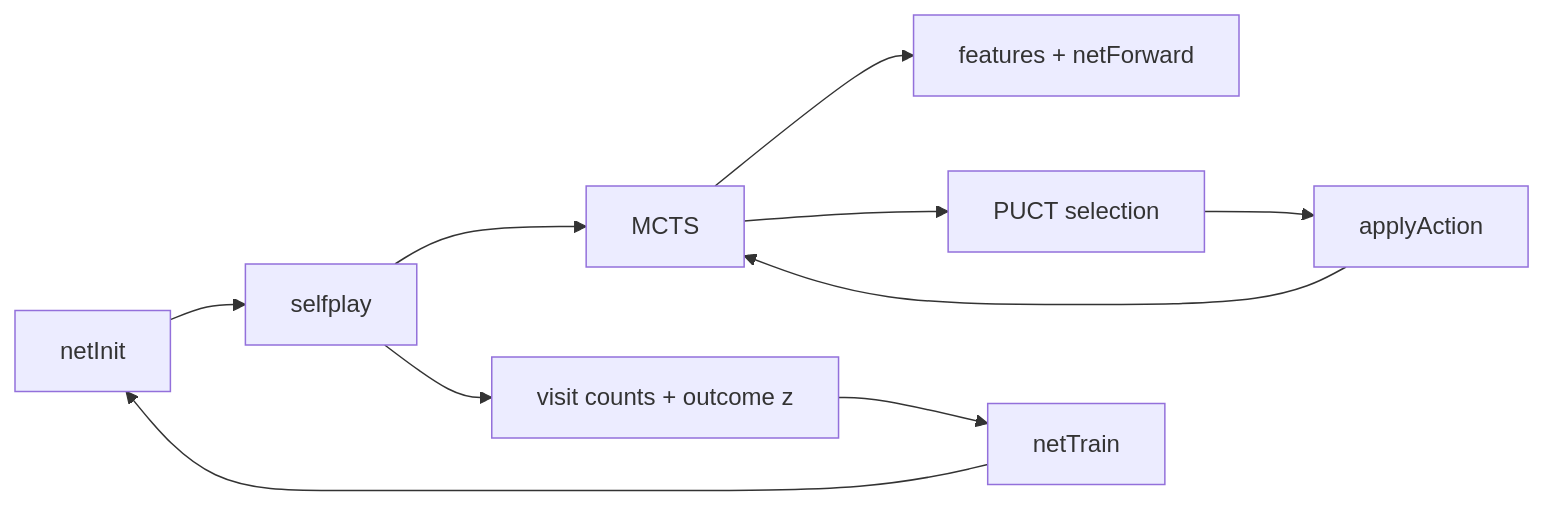
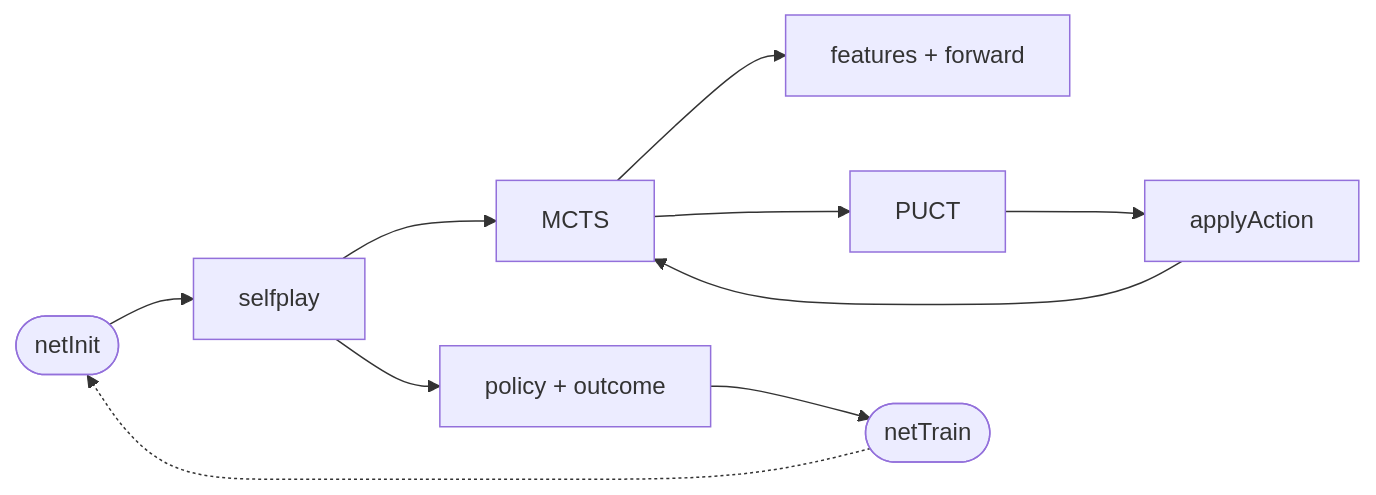
The second of 2 diagrams in README.md (AHMADALIPARR/sea_hunter_research), drawn with Mermaid before and after one commit. The commit also changed other lines of this file, not shown here.

Commit message:
Improve README visual appeal with badges, centered header, refined tables and diagrams

````diff
--- a/README.md
+++ b/README.md
@@ -125,12 +117,12 @@
 ```mermaid
 flowchart LR
-    A[netInit] --> B[selfplay]
+    A([netInit]) --> B[selfplay]
     B --> C[MCTS]
-    C --> D[features + netForward]
-    C --> E[PUCT selection]
+    C --> D[features + forward]
+    C --> E[PUCT]
     E --> F[applyAction]
     F --> C
-    B --> G[visit counts + outcome z]
-    G --> H[netTrain]
-    H --> A
+    B --> G[policy + outcome]
+    G --> H([netTrain])
+    H -.-> A
 ```
````
